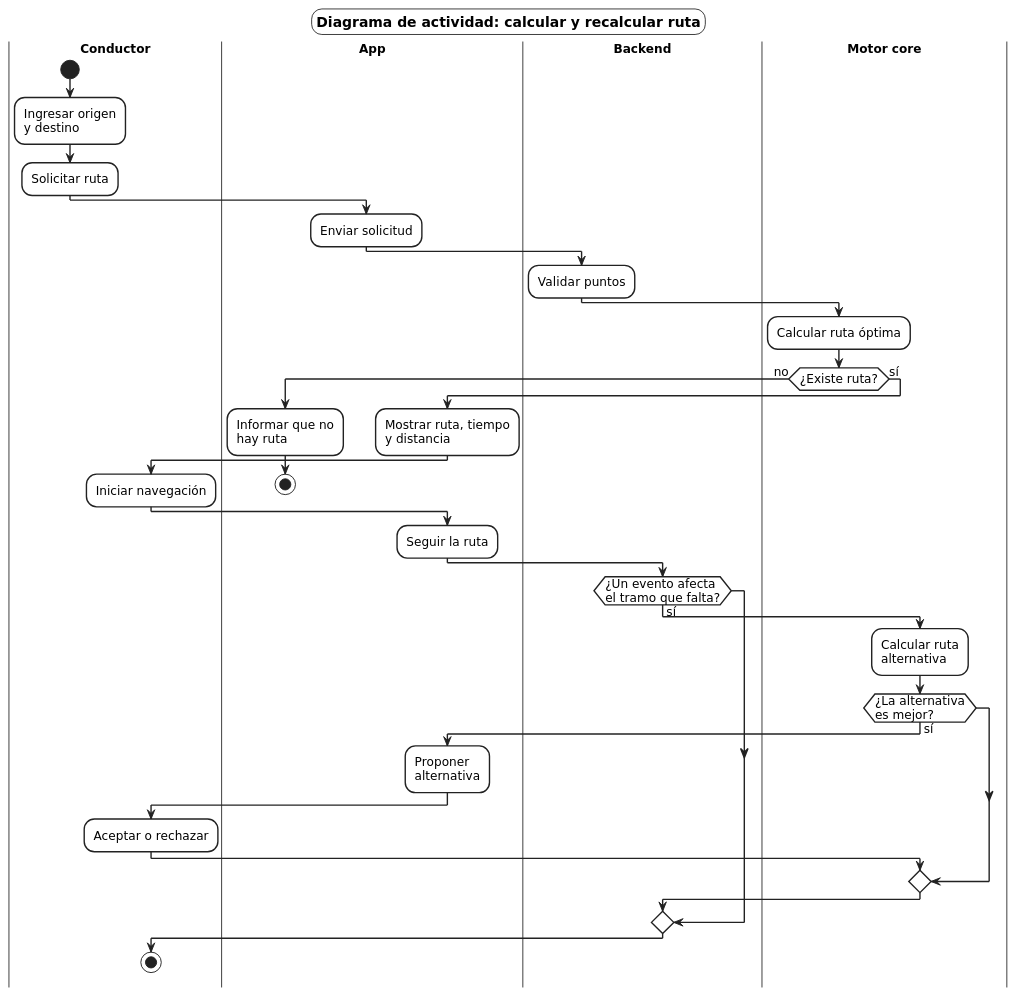
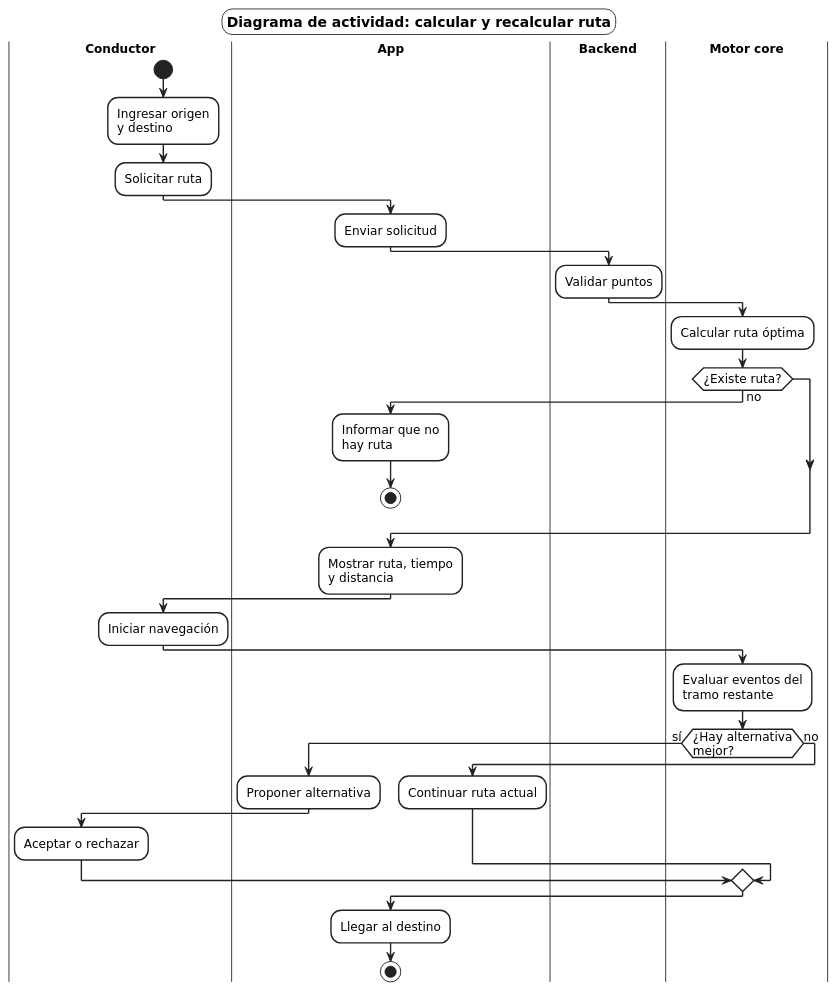
The diagram in 03_des/DiagramasPrueba/De Actividades/ACT-03_Rutas.puml (uniWASD/ChuroViajeInterno), drawn with PlantUML before and after one commit. The commit also changed 37 other files, not shown here.

```diff
--- a/03_des/DiagramasPrueba/De Actividades/ACT-03_Rutas.puml
+++ b/03_des/DiagramasPrueba/De Actividades/ACT-03_Rutas.puml
@@ -1,71 +1,70 @@
 @startuml ACT-03_Rutas
 ' Diagrama de actividad general: calcular y recalcular ruta (CU-03 y CU-04)
 skinparam shadowing false
 skinparam defaultFontName "DejaVu Sans"
 skinparam defaultFontSize 13
 skinparam wrapWidth 160
 skinparam ArrowColor #222222
 skinparam backgroundColor white
 skinparam titleBorderThickness 1
 skinparam titleBorderColor #333333
 skinparam titleBorderRoundCorner 0
 skinparam titleFontSize 15
 skinparam titleBackgroundColor white
 skinparam roundCorner 22
 skinparam activity {
   BackgroundColor white
   BorderColor #222222
   BorderThickness 1.5
   DiamondBackgroundColor white
   DiamondBorderColor #222222
   StartColor #222222
   EndColor #222222
 }
 skinparam swimlane {
   BorderColor #333333
   BorderThickness 1
   TitleFontStyle bold
 }
 skinparam note {
   BackgroundColor white
   BorderColor #777777
 }
 
 title Diagrama de actividad: calcular y recalcular ruta
 
 |Conductor|
 start
 :Ingresar origen\ny destino;
 :Solicitar ruta;
 |App|
 :Enviar solicitud;
 |Backend|
 :Validar puntos;
 |Motor core|
 :Calcular ruta óptima;
 if (¿Existe ruta?) then (no)
   |App|
   :Informar que no\nhay ruta;
   stop
-else (sí)
+endif
+|App|
+:Mostrar ruta, tiempo\ny distancia;
+|Conductor|
+:Iniciar navegación;
+|Motor core|
+:Evaluar eventos del\ntramo restante;
+if (¿Hay alternativa\nmejor?) then (sí)
   |App|
-  :Mostrar ruta, tiempo\ny distancia;
+  :Proponer alternativa;
   |Conductor|
-  :Iniciar navegación;
+  :Aceptar o rechazar;
+else (no)
   |App|
-  :Seguir la ruta;
-  |Backend|
-  if (¿Un evento afecta\nel tramo que falta?) then (sí)
-    |Motor core|
-    :Calcular ruta\nalternativa;
-    if (¿La alternativa\nes mejor?) then (sí)
-      |App|
-      :Proponer\nalternativa;
-      |Conductor|
-      :Aceptar o rechazar;
-    endif
-  endif
-  stop
+  :Continuar ruta actual;
 endif
+|App|
+:Llegar al destino;
+stop
 
 @enduml
```
